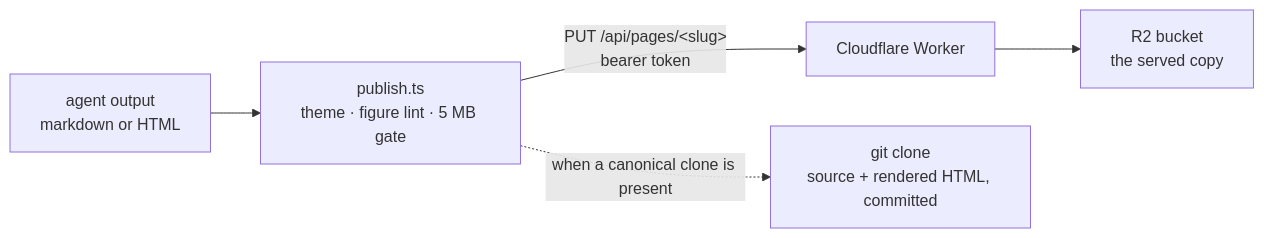
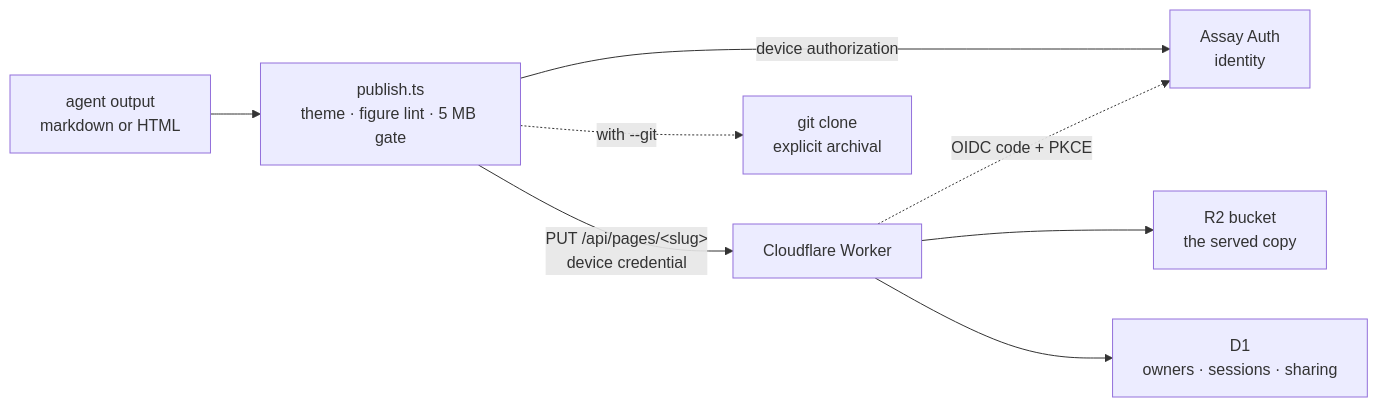
One commit to developerinlondon/agentkit changed the diagram in docs/site/src/content/docs/concepts/pages.md. Above: the diagram before and after it, drawn with Mermaid. The commit also changed other lines of this file and 25 other files, not shown here.

Commit message:
feat(pages): add Assay accounts and private sharing

````diff
--- a/docs/site/src/content/docs/concepts/pages.md
+++ b/docs/site/src/content/docs/concepts/pages.md
@@ -20,7 +21,10 @@
 ```mermaid
 flowchart LR
   agent["agent output<br/>markdown or HTML"] --> pub["publish.ts<br/>theme · figure lint · 5 MB gate"]
-  pub -- "PUT /api/pages/&lt;slug&gt;<br/>bearer token" --> worker["Cloudflare Worker"]
+  pub -- "device authorization" --> assay["Assay Auth<br/>identity"]
+  pub -- "PUT /api/pages/&lt;slug&gt;<br/>device credential" --> worker["Cloudflare Worker"]
   worker --> r2["R2 bucket<br/>the served copy"]
-  pub -. "when a canonical clone is present" .-> repo["git clone<br/>source + rendered HTML, committed"]
+  worker --> d1["D1<br/>owners · sessions · sharing"]
+  worker -. "OIDC code + PKCE" .-> assay
+  pub -. "with --git" .-> repo["git clone<br/>explicit archival"]
 ```
````
